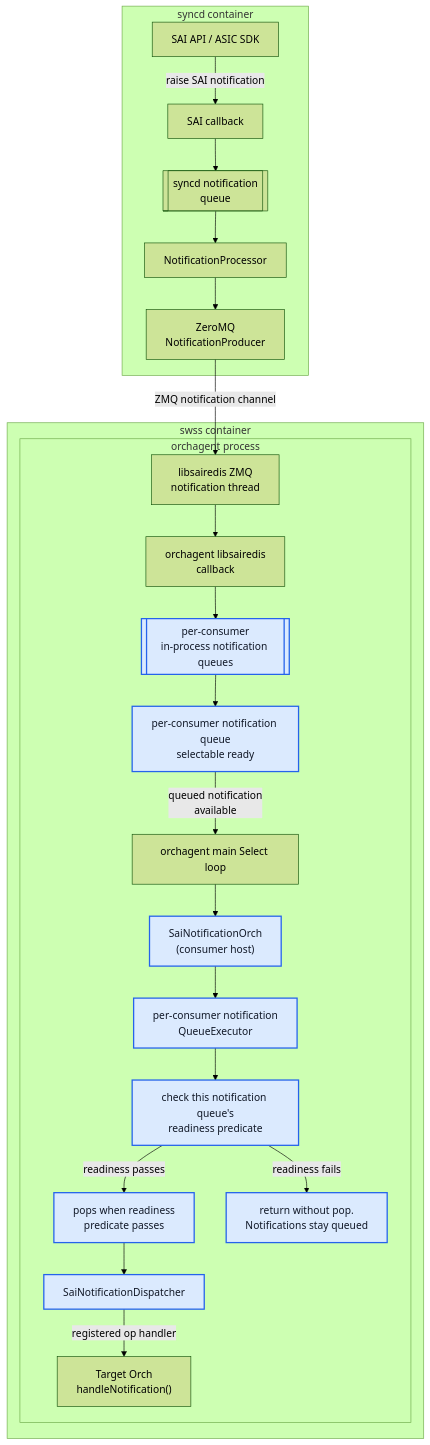
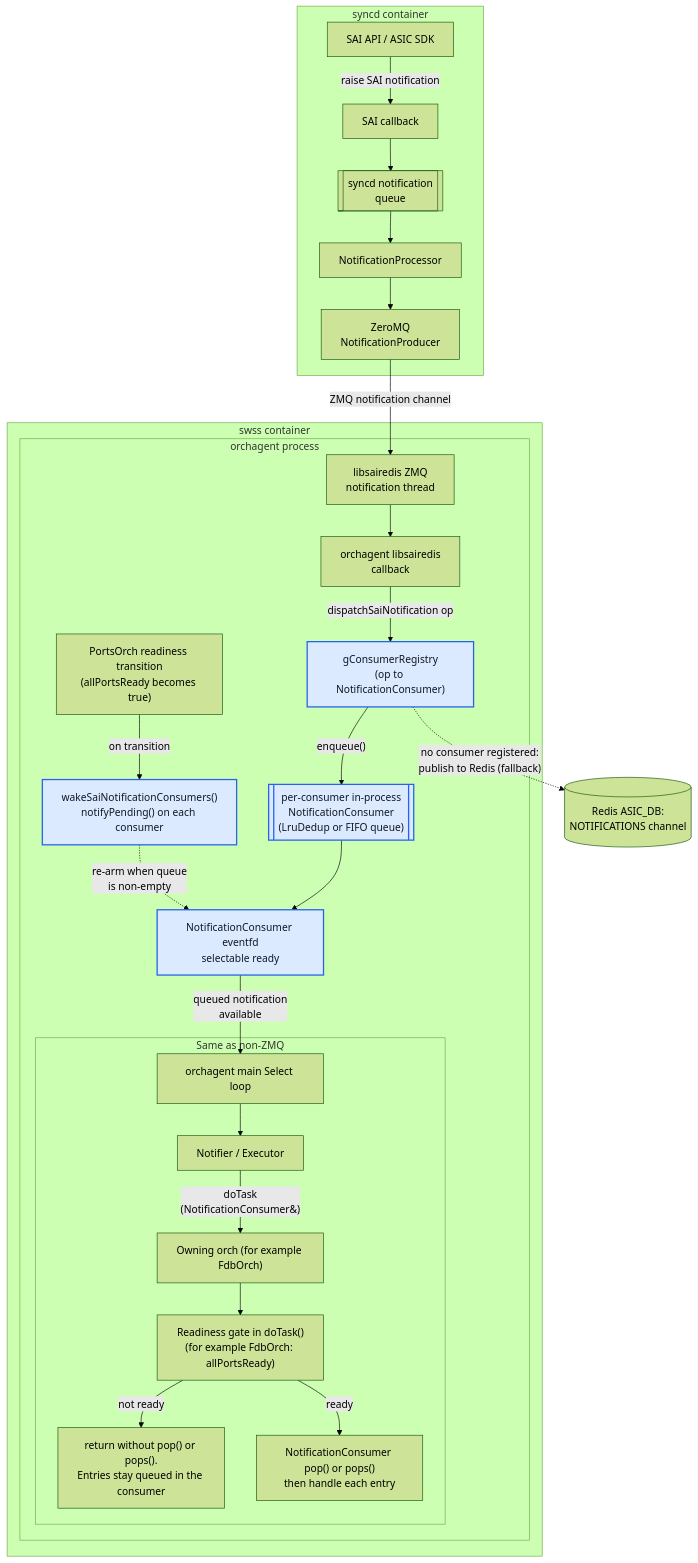
One commit to sonic-net/sonic-buildimage changed the fifth of 10 diagrams in hld/zmq-southbound-sai-notification-handling.md. Above: the diagram before and after it, drawn with Mermaid (forest theme). The commit also changed other lines of this file, not shown here.

First line of the commit message:
Update Option 3 HLD to use in-process NotificationConsumer

````diff
--- a/hld/zmq-southbound-sai-notification-handling.md
+++ b/hld/zmq-southbound-sai-notification-handling.md
@@ -387,48 +387,57 @@
 ```mermaid
 flowchart TD
     subgraph syncdContainer["syncd container"]
         saiApi["SAI API / ASIC SDK"]
         syncdCallback["SAI callback"]
         ntfQueue[["syncd notification<br/>queue"]]
         notificationProcessor["NotificationProcessor"]
         zmqProducer["ZeroMQ<br/>NotificationProducer"]
     end
 
+    redisNotifications[("Redis ASIC_DB:<br/>NOTIFICATIONS channel")]
+
     subgraph swssContainer["swss container"]
         subgraph orchagentProcess["orchagent process"]
             zmqThread["libsairedis ZMQ<br/>notification thread"]
             saiCallback["orchagent libsairedis<br/>callback"]
-            notificationQueue[["per-consumer<br/>in-process notification queues"]]
-            queueSelectableReady["per-consumer notification queue<br/>selectable ready"]
-            mainLoop["orchagent main Select loop"]
-            saiNotificationOrch["SaiNotificationOrch<br/>(consumer host)"]
-            queueExecutor["per-consumer notification<br/>QueueExecutor"]
-            headPredicate["check this notification queue's<br/>readiness predicate"]
-            queueDrain["pops when readiness<br/>predicate passes"]
-            stayQueued["return without pop.<br/>Notifications stay queued"]
-            dispatcher["SaiNotificationDispatcher"]
-            orchHandler["Target Orch<br/>handleNotification()"]
+            opRegistry["gConsumerRegistry<br/>(op to NotificationConsumer)"]
+            inProcessConsumer[["per-consumer in-process<br/>NotificationConsumer<br/>(LruDedup or FIFO queue)"]]
+            consumerReady["NotificationConsumer eventfd<br/>selectable ready"]
+            portsReady["PortsOrch readiness transition<br/>(allPortsReady becomes true)"]
+            wakeConsumers["wakeSaiNotificationConsumers()<br/>notifyPending() on each consumer"]
+
+            subgraph consumerLeg["Same as non-ZMQ"]
+                mainLoop["orchagent main Select loop"]
+                notifier["Notifier / Executor"]
+                doTask["Owning orch (for example FdbOrch)"]
+                readinessGate["Readiness gate in doTask()<br/>(for example FdbOrch: allPortsReady)"]
+                stayQueued["return without pop() or pops().<br/>Entries stay queued in the consumer"]
+                popAndHandle["NotificationConsumer pop() or pops()<br/>then handle each entry"]
+            end
         end
     end
 
     saiApi -->|"raise SAI notification"| syncdCallback
     syncdCallback --> ntfQueue
     ntfQueue --> notificationProcessor
     notificationProcessor --> zmqProducer
     zmqProducer -->|"ZMQ notification channel"| zmqThread
     zmqThread --> saiCallback
 
-    saiCallback --> notificationQueue
-    notificationQueue --> queueSelectableReady
-    queueSelectableReady -->|"queued notification<br/>available"| mainLoop
-    mainLoop --> saiNotificationOrch
-    saiNotificationOrch --> queueExecutor
-    queueExecutor --> headPredicate
-    headPredicate -->|"readiness passes"| queueDrain
-    headPredicate -->|"readiness fails"| stayQueued
-    queueDrain --> dispatcher
-    dispatcher -->|"registered op handler"| orchHandler
+    saiCallback -->|"dispatchSaiNotification op"| opRegistry
+    opRegistry -->|"enqueue()"| inProcessConsumer
+    inProcessConsumer --> consumerReady
+    opRegistry -.->|"no consumer registered:<br/>publish to Redis (fallback)"| redisNotifications
+
+    consumerReady -->|"queued notification<br/>available"| mainLoop
+    mainLoop --> notifier
+    notifier -->|"doTask<br/>(NotificationConsumer&)"| doTask
+    doTask --> readinessGate
+    readinessGate -->|"ready"| popAndHandle
+    readinessGate -->|"not ready"| stayQueued
+    portsReady -->|"on transition"| wakeConsumers
+    wakeConsumers -.->|"re-arm when queue<br/>is non-empty"| consumerReady
 
     classDef option3New fill:#dbeafe,stroke:#2563eb,stroke-width:2px,color:#111827
-    class notificationQueue,queueSelectableReady,saiNotificationOrch,queueExecutor,headPredicate,queueDrain,stayQueued,dispatcher option3New
+    class opRegistry,inProcessConsumer,consumerReady,wakeConsumers option3New
 ```
````
